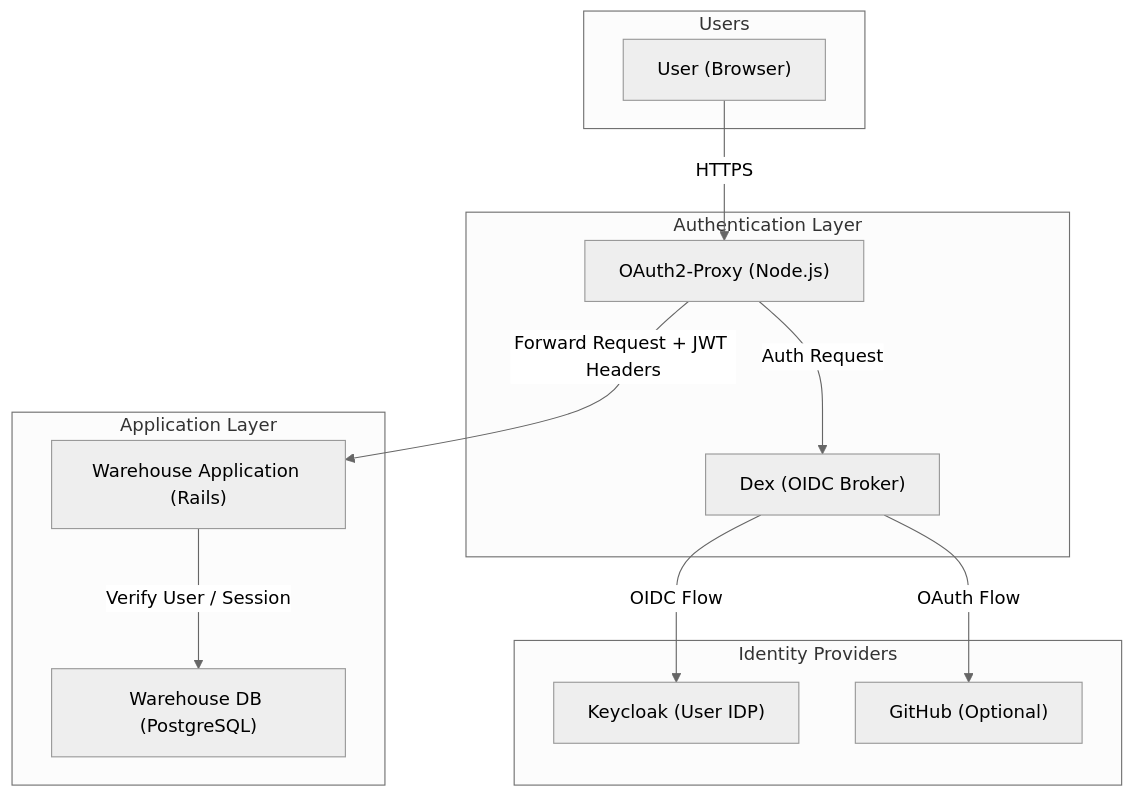
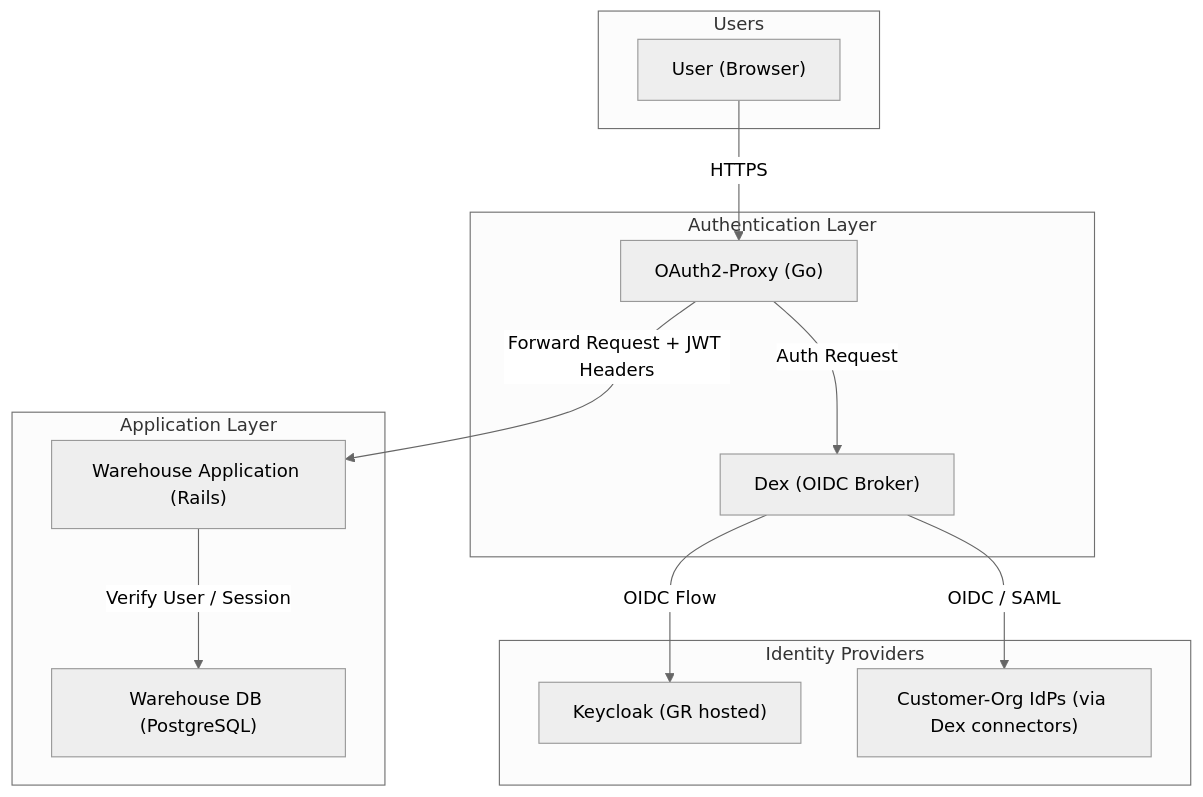
The diagram in docs/architecture/05-building-blocks/05-2-3-authentication.md (greenriver/hmis-warehouse), drawn with Mermaid (neutral theme) before and after one commit. The commit also changed other lines of this file and 3 other files, not shown here.

````diff
--- a/docs/architecture/05-building-blocks/05-2-3-authentication.md
+++ b/docs/architecture/05-building-blocks/05-2-3-authentication.md
@@ -11,29 +11,29 @@
 ```mermaid
 graph TB
     subgraph users ["Users"]
         User["User (Browser)"]
     end
 
     subgraph OP_AUTH ["Authentication Layer"]
-        O2P["OAuth2-Proxy (Node.js)"]
+        O2P["OAuth2-Proxy (Go)"]
         DEX["Dex (OIDC Broker)"]
     end
 
     subgraph OP_APP ["Application Layer"]
         WAREHOUSE["Warehouse Application (Rails)"]
         WH_DB["Warehouse DB (PostgreSQL)"]
     end
 
     subgraph IDP ["Identity Providers"]
-        KEYCLOAK["Keycloak (User IDP)"]
-        GITHUB["GitHub (Optional)"]
+        KEYCLOAK["Keycloak (GR hosted)"]
+        CUSTOMER_IDP["Customer-Org IdPs (via Dex connectors)"]
     end
 
     User -->|HTTPS| O2P
     O2P -->|Auth Request| DEX
     DEX -->|OIDC Flow| KEYCLOAK
-    DEX -->|OAuth Flow| GITHUB
+    DEX -->|OIDC / SAML| CUSTOMER_IDP
 
     O2P -- "Forward Request + JWT Headers" --> WAREHOUSE
     WAREHOUSE -- "Verify User / Session" --> WH_DB
 ```
````
